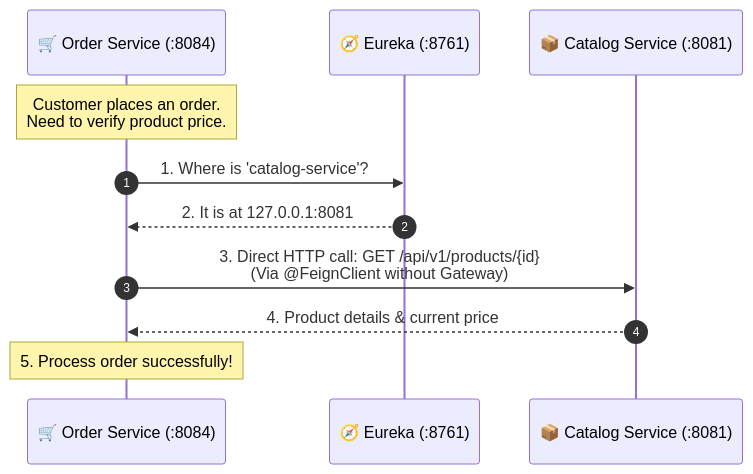
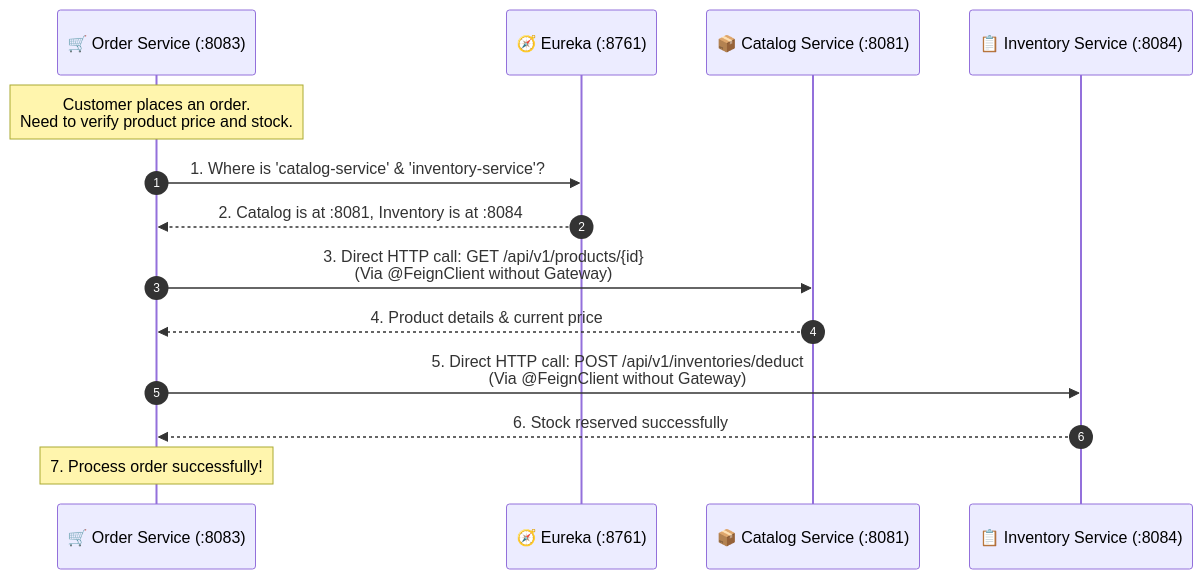
The eighth of 8 diagrams in FLOW.md (aaron18072002/eSupermarket), drawn with Mermaid before and after one commit. The commit also changed other lines of this file and 67 other files, not shown here.

````diff
--- a/FLOW.md
+++ b/FLOW.md
@@ -197,14 +202,17 @@
 ```mermaid
 sequenceDiagram
     autonumber
-    participant OS as 🛒 Order Service (:8084)
+    participant OS as 🛒 Order Service (:8083)
     participant EUK as 🧭 Eureka (:8761)
     participant CS as 📦 Catalog Service (:8081)
+    participant IS as 📋 Inventory Service (:8084)
 
-    Note over OS: Customer places an order.<br/>Need to verify product price.
-    OS->>EUK: 1. Where is 'catalog-service'?
-    EUK-->>OS: 2. It is at 127.0.0.1:8081
+    Note over OS: Customer places an order.<br/>Need to verify product price and stock.
+    OS->>EUK: 1. Where is 'catalog-service' & 'inventory-service'?
+    EUK-->>OS: 2. Catalog is at :8081, Inventory is at :8084
     OS->>CS: 3. Direct HTTP call: GET /api/v1/products/{id}<br/>(Via @FeignClient without Gateway)
     CS-->>OS: 4. Product details & current price
-    Note over OS: 5. Process order successfully!
+    OS->>IS: 5. Direct HTTP call: POST /api/v1/inventories/deduct<br/>(Via @FeignClient without Gateway)
+    IS-->>OS: 6. Stock reserved successfully
+    Note over OS: 7. Process order successfully!
 ```
````
